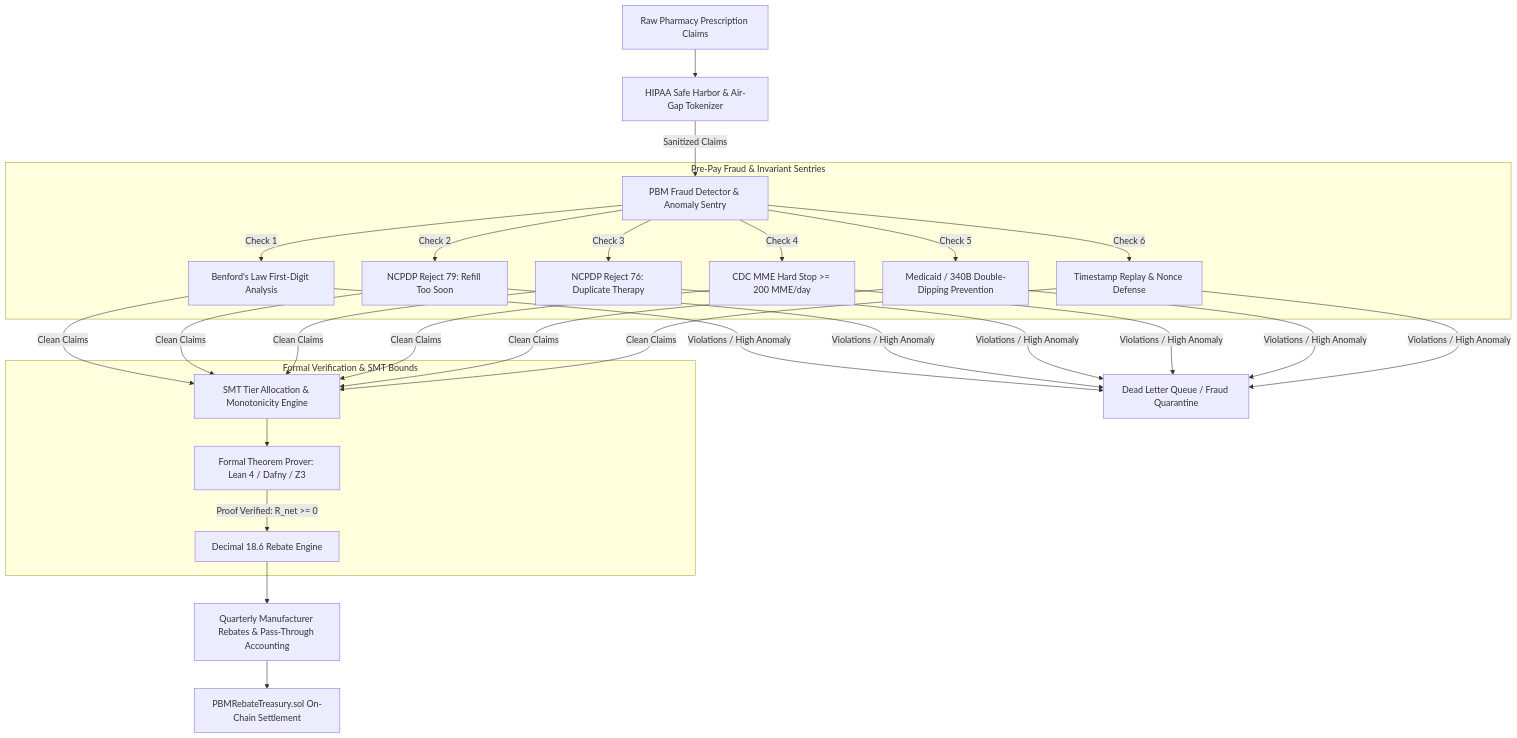
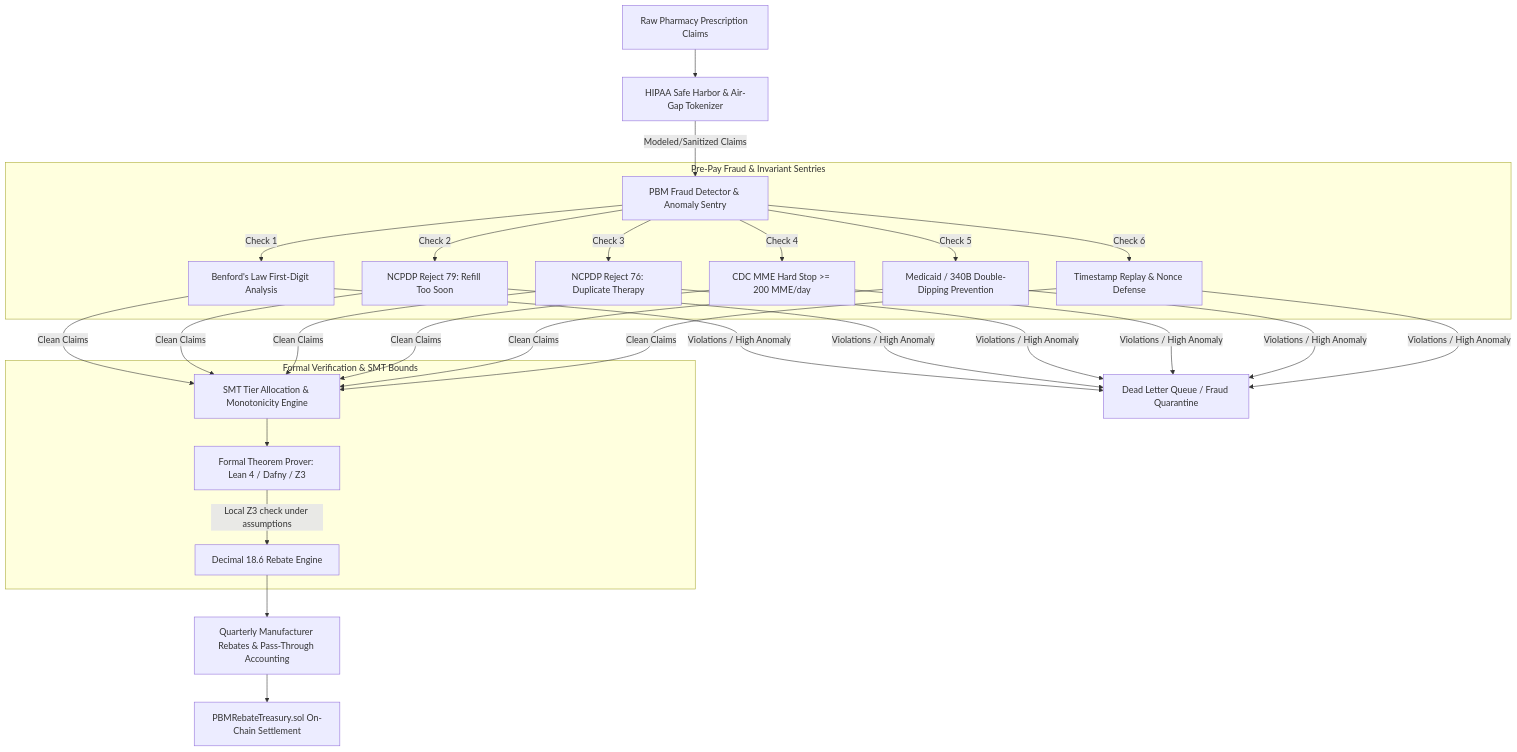
Before and after one commit to Simultech369/Pharmacy-Fiduciary-Commons: the diagram in review-context/HANDOFF_PBM_REBATE_COUNCIL_SPECIALIZATION.md, drawn with Mermaid. The commit also changed other lines of this file and 44 other files, not shown here.

````diff
--- a/review-context/HANDOFF_PBM_REBATE_COUNCIL_SPECIALIZATION.md
+++ b/review-context/HANDOFF_PBM_REBATE_COUNCIL_SPECIALIZATION.md
@@ -11,25 +13,25 @@
 ```mermaid
 graph TD
     A["Raw Pharmacy Prescription Claims"] --> B["HIPAA Safe Harbor & Air-Gap Tokenizer"]
-    B -->|Sanitized Claims| C["PBM Fraud Detector & Anomaly Sentry"]
+        B -->|Modeled/Sanitized Claims| C["PBM Fraud Detector & Anomaly Sentry"]
     
     subgraph Pre-Pay Fraud & Invariant Sentries
         C -->|Check 1| D1["Benford's Law First-Digit Analysis"]
         C -->|Check 2| D2["NCPDP Reject 79: Refill Too Soon"]
         C -->|Check 3| D3["NCPDP Reject 76: Duplicate Therapy"]
         C -->|Check 4| D4["CDC MME Hard Stop >= 200 MME/day"]
         C -->|Check 5| D5["Medicaid / 340B Double-Dipping Prevention"]
         C -->|Check 6| D6["Timestamp Replay & Nonce Defense"]
     end
     
     D1 & D2 & D3 & D4 & D5 & D6 -->|Clean Claims| E["SMT Tier Allocation & Monotonicity Engine"]
     D1 & D2 & D3 & D4 & D5 & D6 -->|Violations / High Anomaly| Q["Dead Letter Queue / Fraud Quarantine"]
     
     subgraph Formal Verification & SMT Bounds
         E --> F["Formal Theorem Prover: Lean 4 / Dafny / Z3"]
-        F -->|Proof Verified: R_net >= 0| G["Decimal 18.6 Rebate Engine"]
+        F -->|Local Z3 check under assumptions| G["Decimal 18.6 Rebate Engine"]
     end
     
     G --> H["Quarterly Manufacturer Rebates & Pass-Through Accounting"]
     H --> I["PBMRebateTreasury.sol On-Chain Settlement"]
 ```
````
